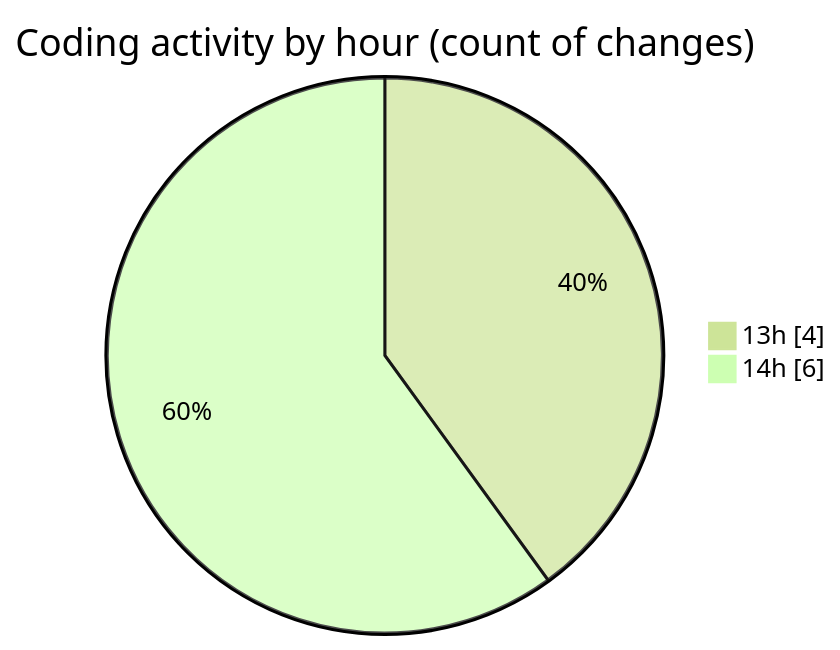
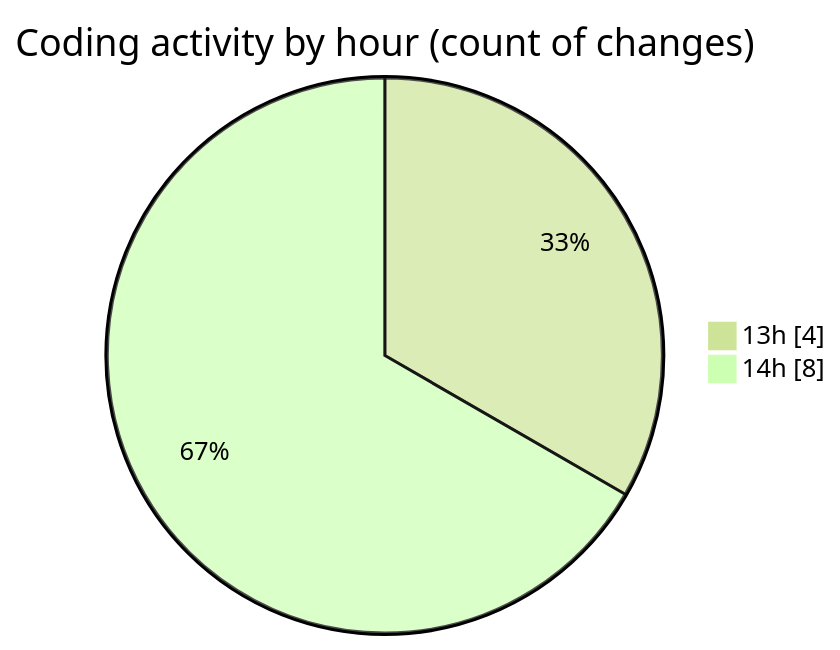
Before and after one commit to nxtqubesakshisongat/code-tracking: the second of 2 diagrams in 2025-09-21/nxtqube_webapp/README.md, drawn with Mermaid (forest theme). The commit also changed other lines of this file and 1 other file, not shown here.

````diff
--- a/2025-09-21/nxtqube_webapp/README.md
+++ b/2025-09-21/nxtqube_webapp/README.md
@@ -31,6 +31,6 @@
 ```mermaid
 pie showData
 title Coding activity by hour (count of changes)
 "13h" : 4
-"14h" : 6
+"14h" : 8
 ```
````
